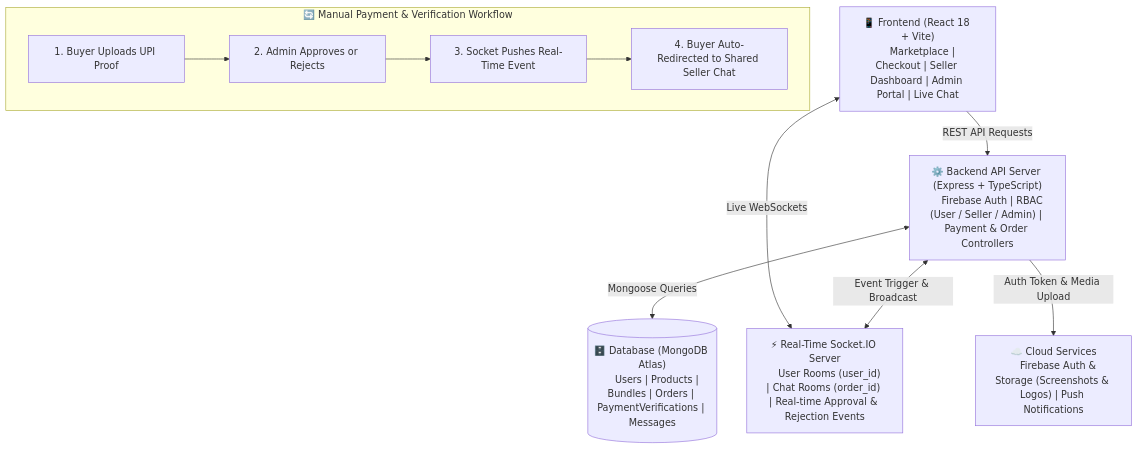
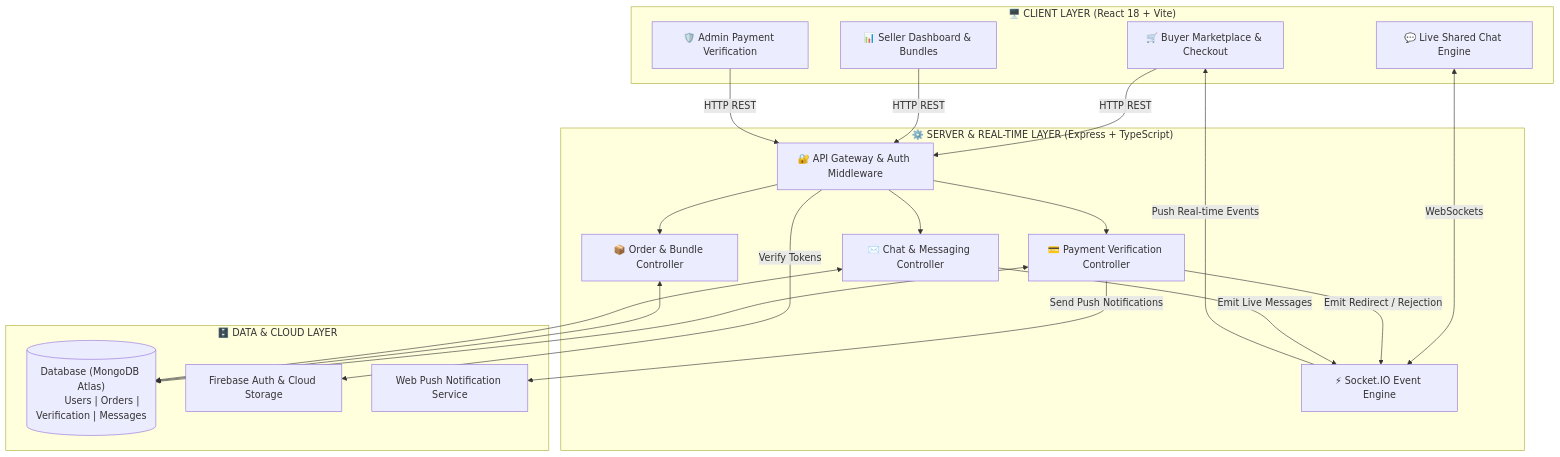
Before and after one commit to bhumitsoni20/Prime-net: the diagram in README.md, drawn with Mermaid.

Commit message:
docs: update architecture diagram in README and generate backend package-lock file

````diff
--- a/README.md
+++ b/README.md
@@ -109,32 +109,48 @@
 ```mermaid
-graph TD
-    Client["📱 Frontend (React 18 + Vite)
-    Marketplace | Checkout | Seller Dashboard | Admin Portal | Live Chat"]
-    
-    API["⚙️ Backend API Server (Express + TypeScript)
-    Firebase Auth | RBAC (User / Seller / Admin) | Payment & Order Controllers"]
-    
-    Socket["⚡ Real-Time Socket.IO Server
-    User Rooms (user_id) | Chat Rooms (order_id) | Real-time Approval & Rejection Events"]
-    
-    DB[("🗄️ Database (MongoDB Atlas)
-    Users | Products | Bundles | Orders | PaymentVerifications | Messages")]
-    
-    Cloud["☁️ Cloud Services
-    Firebase Auth & Storage (Screenshots & Logos) | Push Notifications"]
+flowchart TD
+    %% Layer 1: Client Interfaces
+    subgraph L1 ["🖥️ CLIENT LAYER (React 18 + Vite)"]
+        UI_Buyer["🛒 Buyer Marketplace & Checkout"]
+        UI_Seller["📊 Seller Dashboard & Bundles"]
+        UI_Admin["🛡️ Admin Payment Verification"]
+        UI_Chat["💬 Live Shared Chat Engine"]
+    end
+
+    %% Layer 2: Server Infrastructure
+    subgraph L2 ["⚙️ SERVER & REAL-TIME LAYER (Express + TypeScript)"]
+        API_Gateway["🔐 API Gateway & Auth Middleware"]
+        Ctrl_Payment["💳 Payment Verification Controller"]
+        Ctrl_Order["📦 Order & Bundle Controller"]
+        Ctrl_Chat["✉️ Chat & Messaging Controller"]
+        Socket_Server["⚡ Socket.IO Event Engine"]
+    end
+
+    %% Layer 3: Data & Services
+    subgraph L3 ["🗄️ DATA & CLOUD LAYER"]
+        Mongo_DB[("Database (MongoDB Atlas)
+        Users | Orders | Verification | Messages")]
+        Firebase_Cloud["Firebase Auth & Cloud Storage"]
+        Push_Service["Web Push Notification Service"]
+    end
 
     %% Flow Connections
-    Client -->|REST API Requests| API
-    Client <-->|Live WebSockets| Socket
-    API <-->|Mongoose Queries| DB
-    API <-->|Event Trigger & Broadcast| Socket
-    API -->|Auth Token & Media Upload| Cloud
-    
-    %% Core Payment Workflow Subgraph
-    subgraph Flow ["🔄 Manual Payment & Verification Workflow"]
-        direction LR
-        P1["1. Buyer Uploads UPI Proof"] --> P2["2. Admin Approves or Rejects"]
-        P2 --> P3["3. Socket Pushes Real-Time Event"]
-        P3 --> P4["4. Buyer Auto-Redirected to Shared Seller Chat"]
-    end
+    UI_Buyer -->|HTTP REST| API_Gateway
+    UI_Seller -->|HTTP REST| API_Gateway
+    UI_Admin -->|HTTP REST| API_Gateway
+    UI_Chat <-->|WebSockets| Socket_Server
+
+    API_Gateway --> Ctrl_Payment
+    API_Gateway --> Ctrl_Order
+    API_Gateway --> Ctrl_Chat
+
+    Ctrl_Payment <--> Mongo_DB
+    Ctrl_Order <--> Mongo_DB
+    Ctrl_Chat <--> Mongo_DB
+
+    Ctrl_Payment -->|Emit Redirect / Rejection| Socket_Server
+    Ctrl_Chat -->|Emit Live Messages| Socket_Server
+    Socket_Server -->|Push Real-time Events| UI_Buyer
+
+    API_Gateway -->|Verify Tokens| Firebase_Cloud
+    Ctrl_Payment -->|Send Push Notifications| Push_Service
 ```
````
